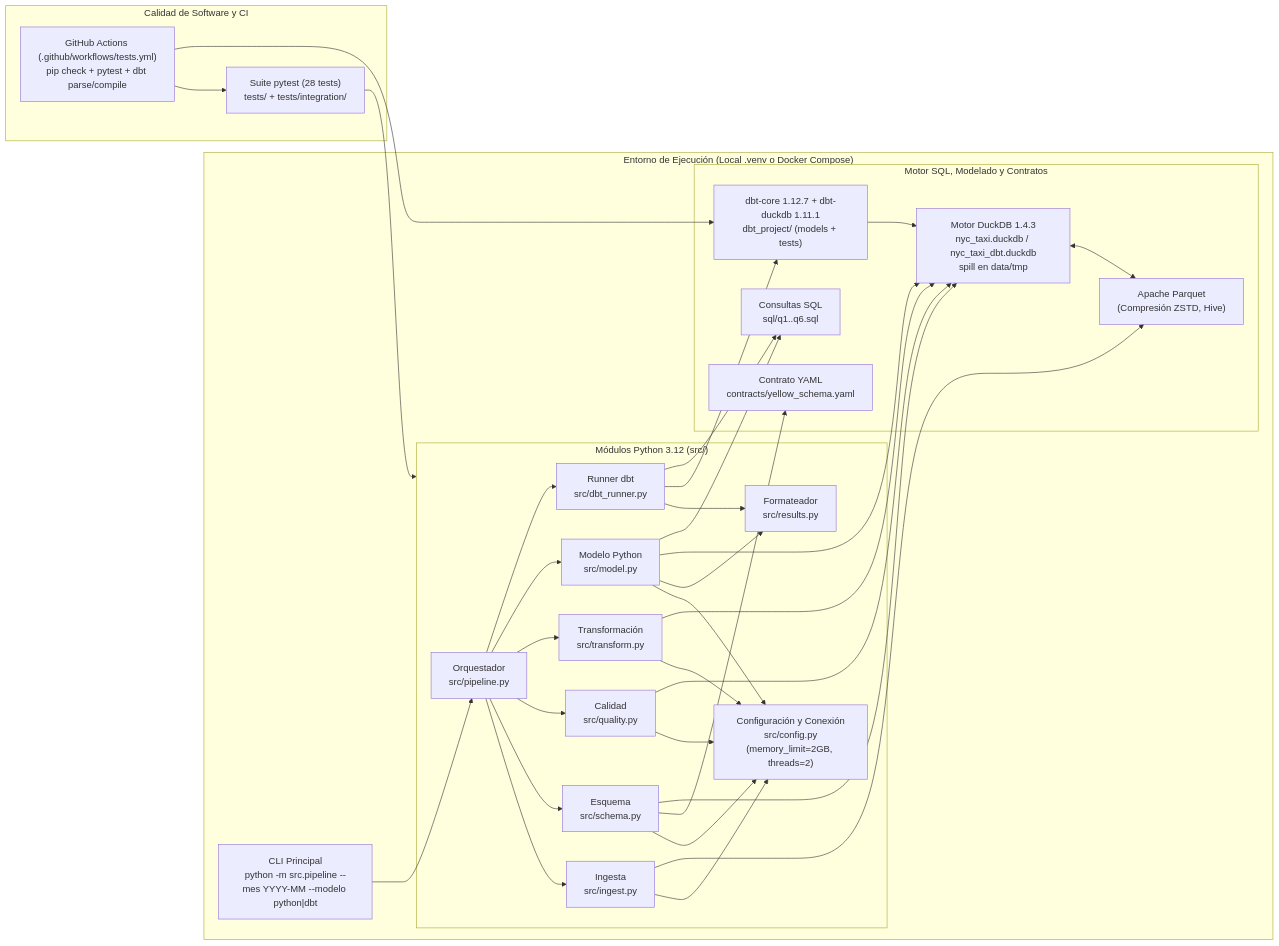
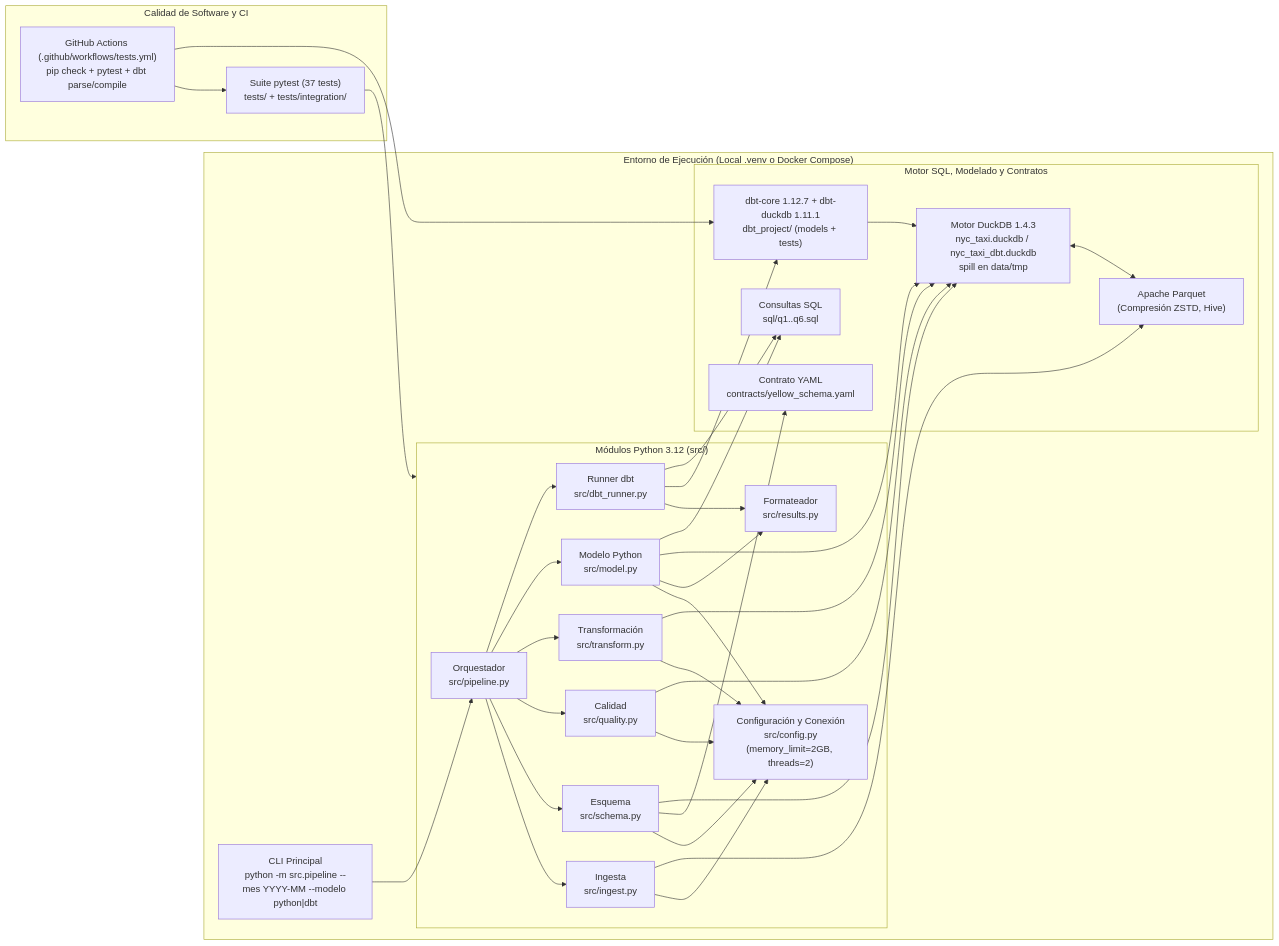
One commit to victormanuellibran/examen_Taxis changed the second of 3 diagrams in README.md. Above: the diagram before and after it, drawn with Mermaid. The commit also changed other lines of this file and 4 other files, not shown here.

````diff
--- a/README.md
+++ b/README.md
@@ -155,44 +155,44 @@
 ```mermaid
 flowchart LR
     subgraph EXEC["Entorno de Ejecución (Local .venv o Docker Compose)"]
         CLI["CLI Principal\npython -m src.pipeline --mes YYYY-MM --modelo python|dbt"]
 
         subgraph PY["Módulos Python 3.12 (src/)"]
             PIPE["Orquestador\nsrc/pipeline.py"]
             CFG["Configuración y Conexión\nsrc/config.py\n(memory_limit=2GB, threads=2)"]
             ING["Ingesta\nsrc/ingest.py"]
             SCH["Esquema\nsrc/schema.py"]
             QUA["Calidad\nsrc/quality.py"]
             TRN["Transformación\nsrc/transform.py"]
             MOD["Modelo Python\nsrc/model.py"]
             DBTR["Runner dbt\nsrc/dbt_runner.py"]
             RESM["Formateador\nsrc/results.py"]
         end
 
         subgraph DATA_ENG["Motor SQL, Modelado y Contratos"]
             CONT["Contrato YAML\ncontracts/yellow_schema.yaml"]
             PARQ["Apache Parquet\n(Compresión ZSTD, Hive)"]
             DUCK["Motor DuckDB 1.4.3\nnyc_taxi.duckdb / nyc_taxi_dbt.duckdb\nspill en data/tmp"]
             DBTP["dbt-core 1.12.7 + dbt-duckdb 1.11.1\ndbt_project/ (models + tests)"]
             SQL["Consultas SQL\nsql/q1..q6.sql"]
         end
     end
 
     subgraph QA_CI["Calidad de Software y CI"]
-        PYT["Suite pytest (28 tests)\ntests/ + tests/integration/"]
+        PYT["Suite pytest (37 tests)\ntests/ + tests/integration/"]
         GHA["GitHub Actions (.github/workflows/tests.yml)\npip check + pytest + dbt parse/compile"]
     end
 
     CLI --> PIPE
     PIPE --> ING & SCH & QUA & TRN & MOD & DBTR
     ING & SCH & QUA & TRN & MOD --> CFG
     MOD & DBTR --> RESM
     SCH --> CONT
     ING --> PARQ
     SCH & QUA & TRN & MOD --> DUCK
     DBTR --> DBTP --> DUCK
     DUCK <--> PARQ
     MOD & DBTR --> SQL
     PYT --> PY
     GHA --> PYT & DBTP
 ```
````
